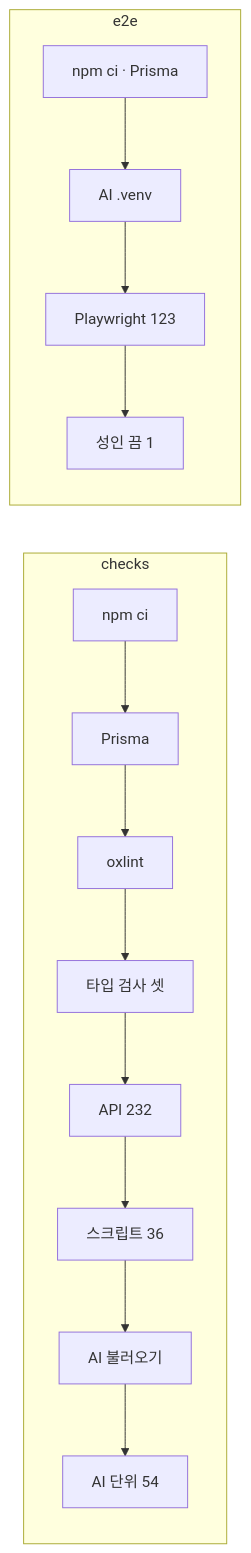
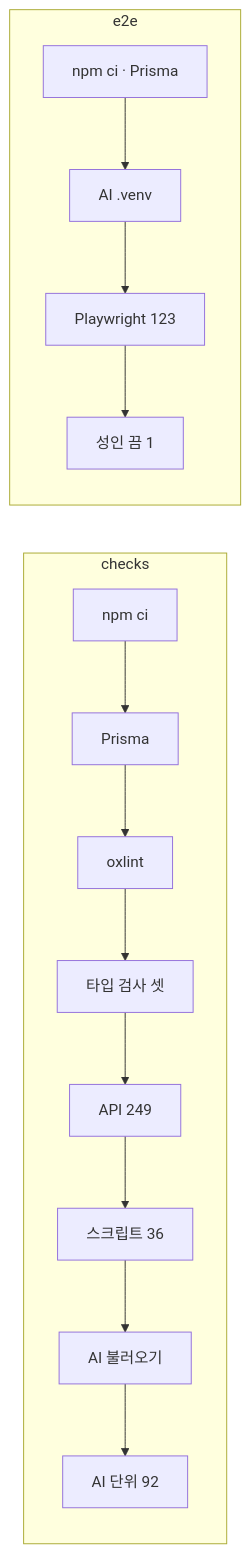
Before and after one commit to samam0234/CodiComperChat: the second of 2 diagrams in PortFolio/server/ai_services/knowledge/docs__plan__TESTING.md, drawn with Mermaid. The commit also changed other lines of this file and 48 other files, not shown here.

````diff
--- a/PortFolio/server/ai_services/knowledge/docs__plan__TESTING.md
+++ b/PortFolio/server/ai_services/knowledge/docs__plan__TESTING.md
@@ -39,9 +39,9 @@
 ```mermaid
 flowchart LR
   subgraph checks["checks"]
-    A1["npm ci"] --> A2["Prisma"] --> A3["oxlint"] --> A4["타입 검사 셋"] --> A5["API 232"] --> A6["스크립트 36"] --> A7["AI 불러오기"] --> A8["AI 단위 54"]
+    A1["npm ci"] --> A2["Prisma"] --> A3["oxlint"] --> A4["타입 검사 셋"] --> A5["API 249"] --> A6["스크립트 36"] --> A7["AI 불러오기"] --> A8["AI 단위 92"]
   end
   subgraph e2e["e2e"]
     B1["npm ci · Prisma"] --> B2["AI .venv"] --> B3["Playwright 123"] --> B4["성인 끔 1"]
   end
 ```
````
